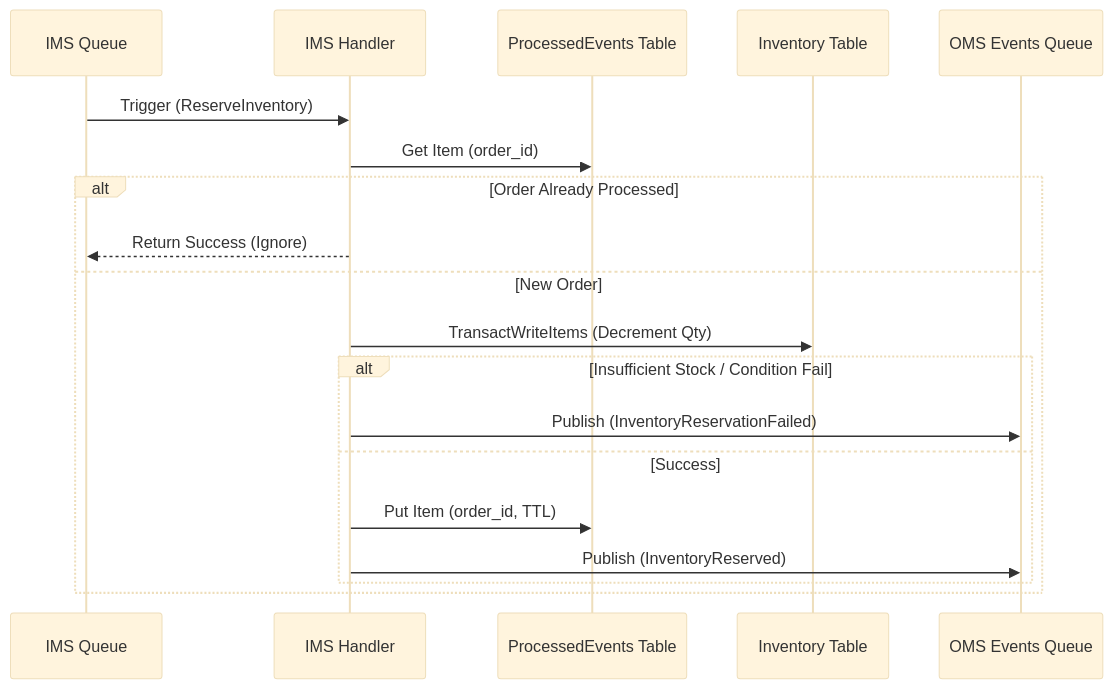
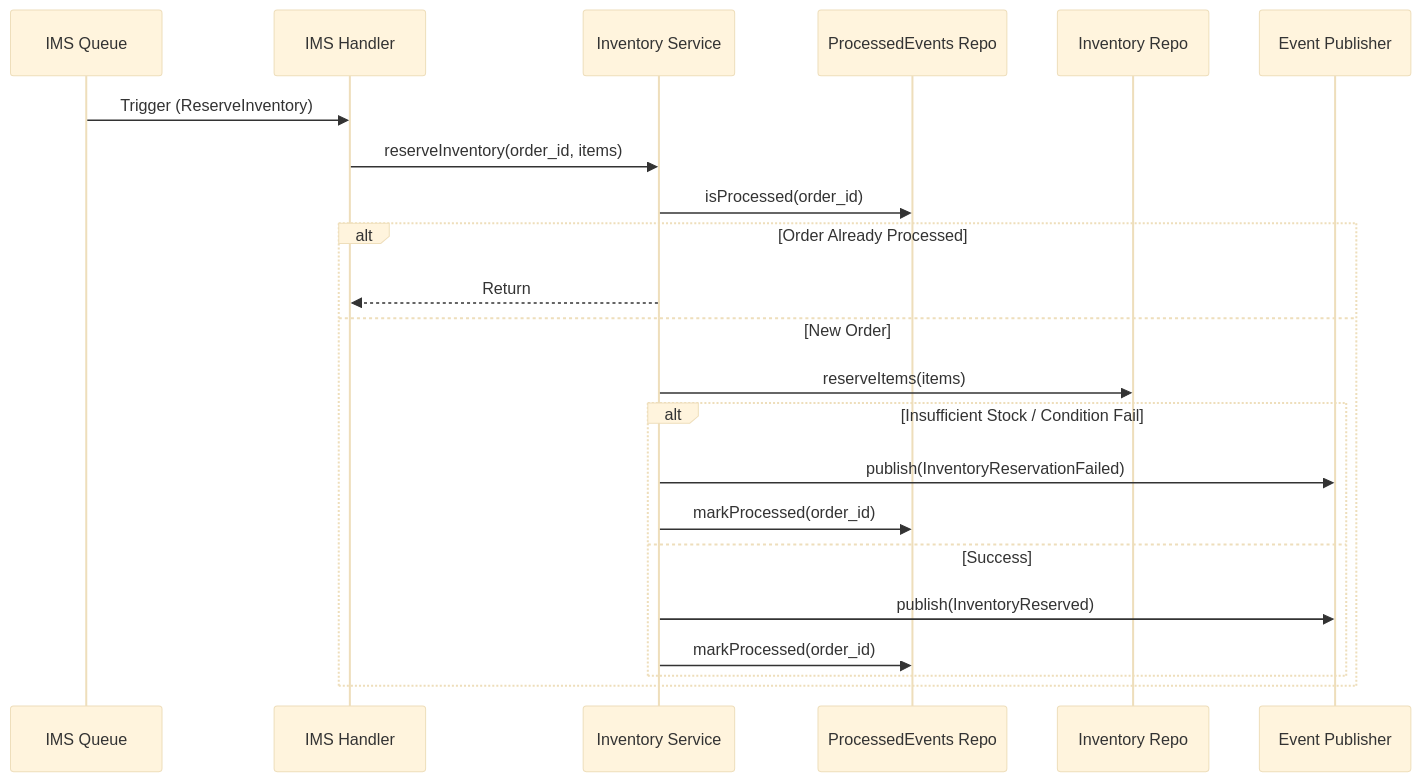
The second of 3 diagrams in documentation/ims-specification.md (antonioreuter/aws-ecommerce-service), drawn with Mermaid (base theme) before and after one commit. The commit also changed 31 other files, not shown here.

````diff
--- a/documentation/ims-specification.md
+++ b/documentation/ims-specification.md
@@ -30,25 +30,28 @@
 ```mermaid
 sequenceDiagram
     participant SQS as IMS Queue
-    participant Lambda as IMS Handler
-    participant IdemDB as ProcessedEvents Table
-    participant InvDB as Inventory Table
-    participant Events as OMS Events Queue
+    participant Handler as IMS Handler
+    participant Service as Inventory Service
+    participant IdemRepo as ProcessedEvents Repo
+    participant InvRepo as Inventory Repo
+    participant Publisher as Event Publisher
 
-    SQS->>Lambda: Trigger (ReserveInventory)
+    SQS->>Handler: Trigger (ReserveInventory)
+    Handler->>Service: reserveInventory(order_id, items)
 
     %% Idempotency Check
-    Lambda->>IdemDB: Get Item (order_id)
+    Service->>IdemRepo: isProcessed(order_id)
     alt Order Already Processed
-        Lambda-->>SQS: Return Success (Ignore)
+        Service-->>Handler: Return
     else New Order
         %% Transactional Update
-        Lambda->>InvDB: TransactWriteItems (Decrement Qty)
+        Service->>InvRepo: reserveItems(items)
         alt Insufficient Stock / Condition Fail
-            Lambda->>Events: Publish (InventoryReservationFailed)
+            Service->>Publisher: publish(InventoryReservationFailed)
+            Service->>IdemRepo: markProcessed(order_id)
         else Success
-            Lambda->>IdemDB: Put Item (order_id, TTL)
-            Lambda->>Events: Publish (InventoryReserved)
+            Service->>Publisher: publish(InventoryReserved)
+            Service->>IdemRepo: markProcessed(order_id)
         end
     end
 ```
````
